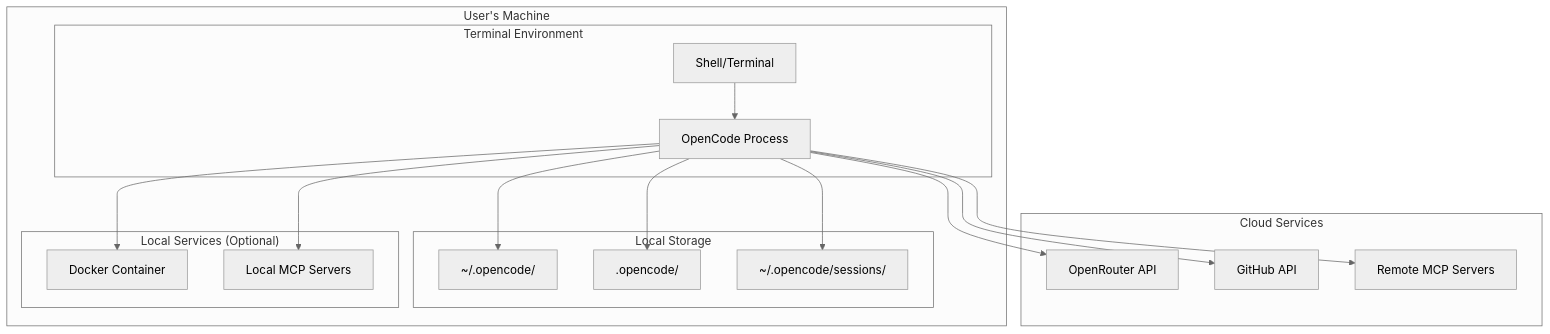
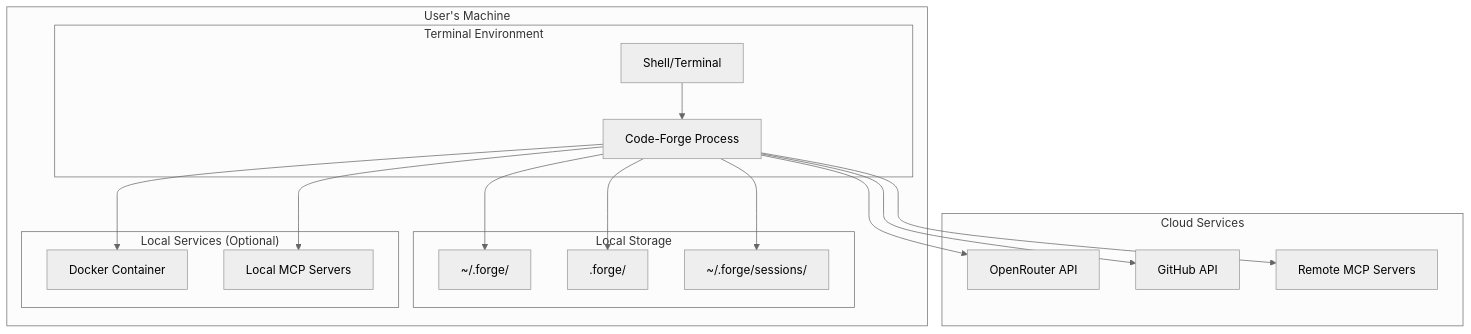
One commit to corey-rosamond/Code-Forge changed diagram 35 of 38 in .ai/reference/UML.md. Above: the diagram before and after it, drawn with Mermaid (neutral theme). The commit also changed other lines of this file and 505 other files, not shown here.

First line of the commit message:
Rename project from OpenCode to Code-Forge

````diff
--- a/.ai/reference/UML.md
+++ b/.ai/reference/UML.md
@@ -1689,36 +1689,36 @@
 ```mermaid
 flowchart TB
     subgraph UserMachine["User's Machine"]
         subgraph Terminal["Terminal Environment"]
             SHELL[Shell/Terminal]
-            OPENCODE[OpenCode Process]
+            FORGE[Code-Forge Process]
         end
 
         subgraph LocalStorage["Local Storage"]
-            CONFIG[~/.opencode/]
-            PROJECT[.opencode/]
-            SESSIONS[~/.opencode/sessions/]
+            CONFIG[~/.forge/]
+            PROJECT[.forge/]
+            SESSIONS[~/.forge/sessions/]
         end
 
         subgraph LocalServices["Local Services (Optional)"]
             DOCKER[Docker Container]
             MCP_LOCAL[Local MCP Servers]
         end
     end
 
     subgraph Cloud["Cloud Services"]
         OPENROUTER[OpenRouter API]
         GITHUB[GitHub API]
         MCP_REMOTE[Remote MCP Servers]
     end
 
-    SHELL --> OPENCODE
-    OPENCODE --> CONFIG
-    OPENCODE --> PROJECT
-    OPENCODE --> SESSIONS
-    OPENCODE --> DOCKER
-    OPENCODE --> MCP_LOCAL
-    OPENCODE --> OPENROUTER
-    OPENCODE --> GITHUB
-    OPENCODE --> MCP_REMOTE
+    SHELL --> FORGE
+    FORGE --> CONFIG
+    FORGE --> PROJECT
+    FORGE --> SESSIONS
+    FORGE --> DOCKER
+    FORGE --> MCP_LOCAL
+    FORGE --> OPENROUTER
+    FORGE --> GITHUB
+    FORGE --> MCP_REMOTE
 ```
````
